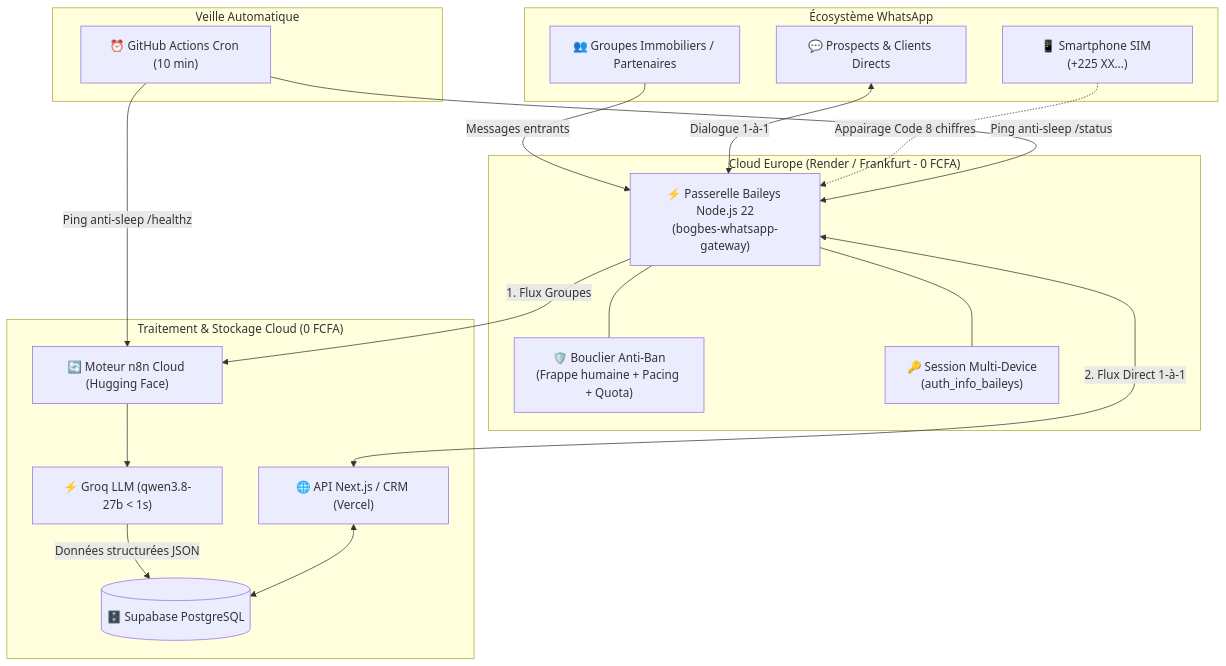
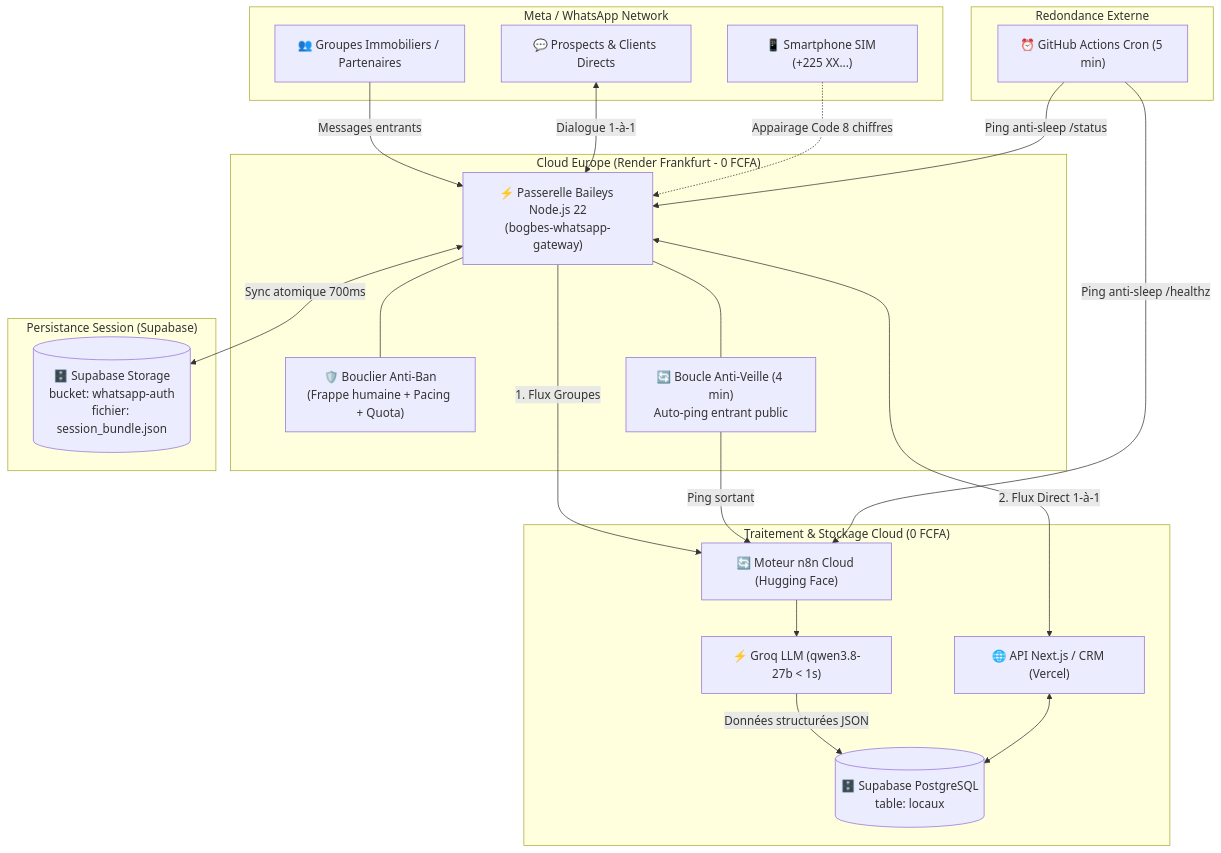
One commit to Yobed/immo changed the diagram in .agents/skills/whatsapp-cloud-gateway/SKILL.md. Above: the diagram before and after it, drawn with Mermaid. The commit also changed other lines of this file, not shown here.

Commit message:
docs(skill): update whatsapp-cloud-gateway with cloud session persistence and symbiotic anti-sleep architecture

````diff
--- a/.agents/skills/whatsapp-cloud-gateway/SKILL.md
+++ b/.agents/skills/whatsapp-cloud-gateway/SKILL.md
@@ -33,41 +35,47 @@
 ```mermaid
 flowchart TD
-    subgraph WhatsApp["Écosystème WhatsApp"]
+    subgraph WhatsAppNet["Meta / WhatsApp Network"]
         Phone["📱 Smartphone SIM (+225 XX...)"]
         Groups["👥 Groupes Immobiliers / Partenaires"]
         Clients["💬 Prospects & Clients Directs"]
     end
 
-    subgraph CloudEurope["Cloud Europe (Render / Frankfurt - 0 FCFA)"]
+    subgraph CloudEurope["Cloud Europe (Render Frankfurt - 0 FCFA)"]
         Gateway["⚡ Passerelle Baileys Node.js 22<br/>(bogbes-whatsapp-gateway)"]
         Shield["🛡️ Bouclier Anti-Ban<br/>(Frappe humaine + Pacing + Quota)"]
-        AuthStore["🔑 Session Multi-Device<br/>(auth_info_baileys)"]
+        KeepAlive["🔄 Boucle Anti-Veille (4 min)<br/>Auto-ping entrant public"]
         Gateway --- Shield
-        Gateway --- AuthStore
+        Gateway --- KeepAlive
+    end
+
+    subgraph CloudStorage["Persistance Session (Supabase)"]
+        SupaStorage[("🗄️ Supabase Storage<br/>bucket: whatsapp-auth<br/>fichier: session_bundle.json")]
+        Gateway <-->|Sync atomique 700ms| SupaStorage
     end
 
     subgraph DataPipeline["Traitement & Stockage Cloud (0 FCFA)"]
         N8N["🔄 Moteur n8n Cloud (Hugging Face)"]
         Groq["⚡ Groq LLM (qwen3.8-27b < 1s)"]
         NextCRM["🌐 API Next.js / CRM (Vercel)"]
-        Supabase[("🗄️ Supabase PostgreSQL")]
+        SupabaseDB[("🗄️ Supabase PostgreSQL<br/>table: locaux")]
     end
 
-    subgraph KeepAlive["Veille Automatique"]
-        GHA["⏰ GitHub Actions Cron (10 min)"]
+    subgraph Redundancy["Redondance Externe"]
+        GHA["⏰ GitHub Actions Cron (5 min)"]
     end
 
     Groups -->|Messages entrants| Gateway
     Clients <-->|Dialogue 1-à-1| Gateway
     Phone -.->|Appairage Code 8 chiffres| Gateway
 
     Gateway -->|1. Flux Groupes| N8N
     N8N --> Groq
-    Groq -->|Données structurées JSON| Supabase
+    Groq -->|Données structurées JSON| SupabaseDB
 
     Gateway <-->|2. Flux Direct 1-à-1| NextCRM
-    NextCRM <--> Supabase
+    NextCRM <--> SupabaseDB
 
+    KeepAlive -->|Ping sortant| N8N
     GHA -->|Ping anti-sleep /status| Gateway
     GHA -->|Ping anti-sleep /healthz| N8N
 ```
````
